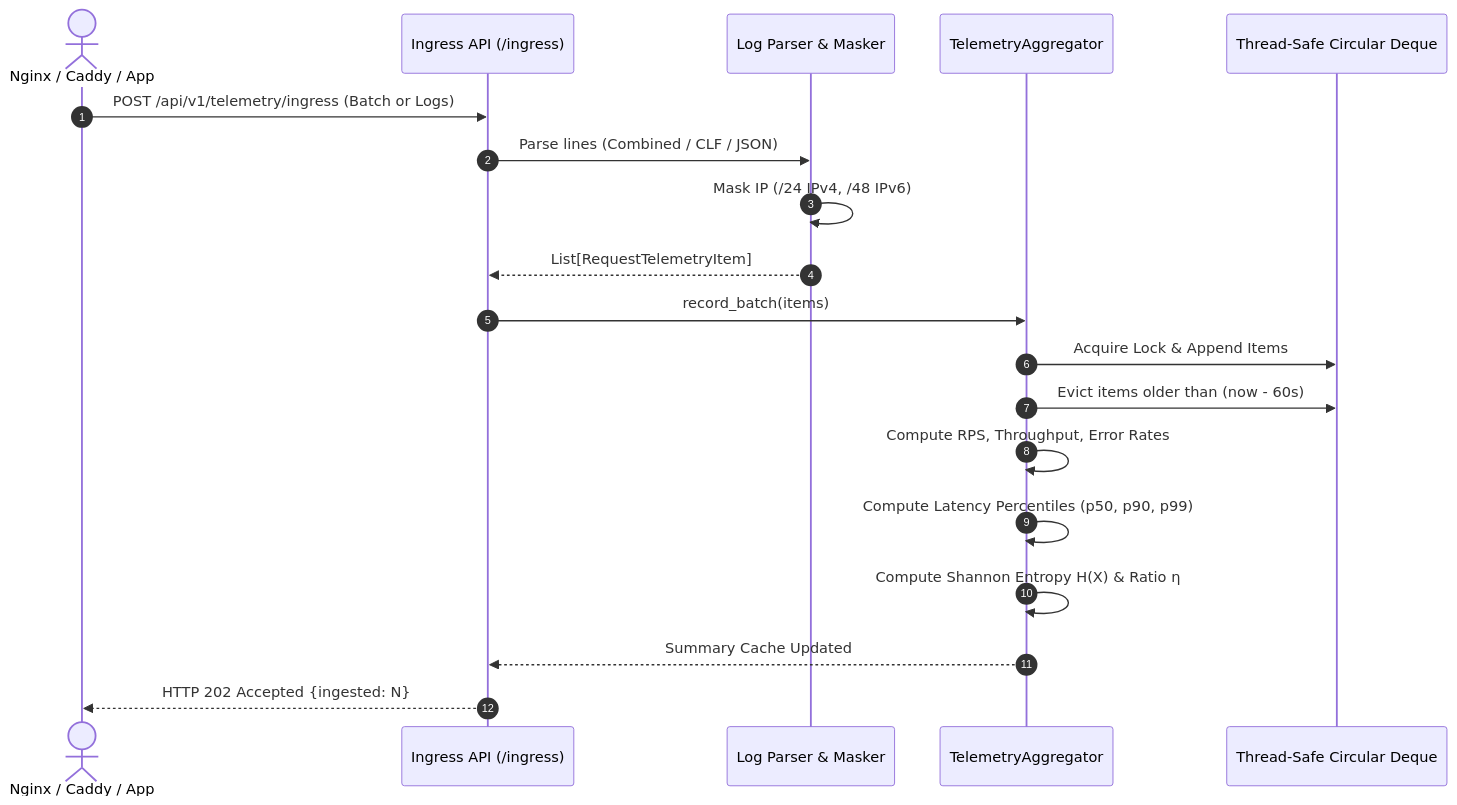
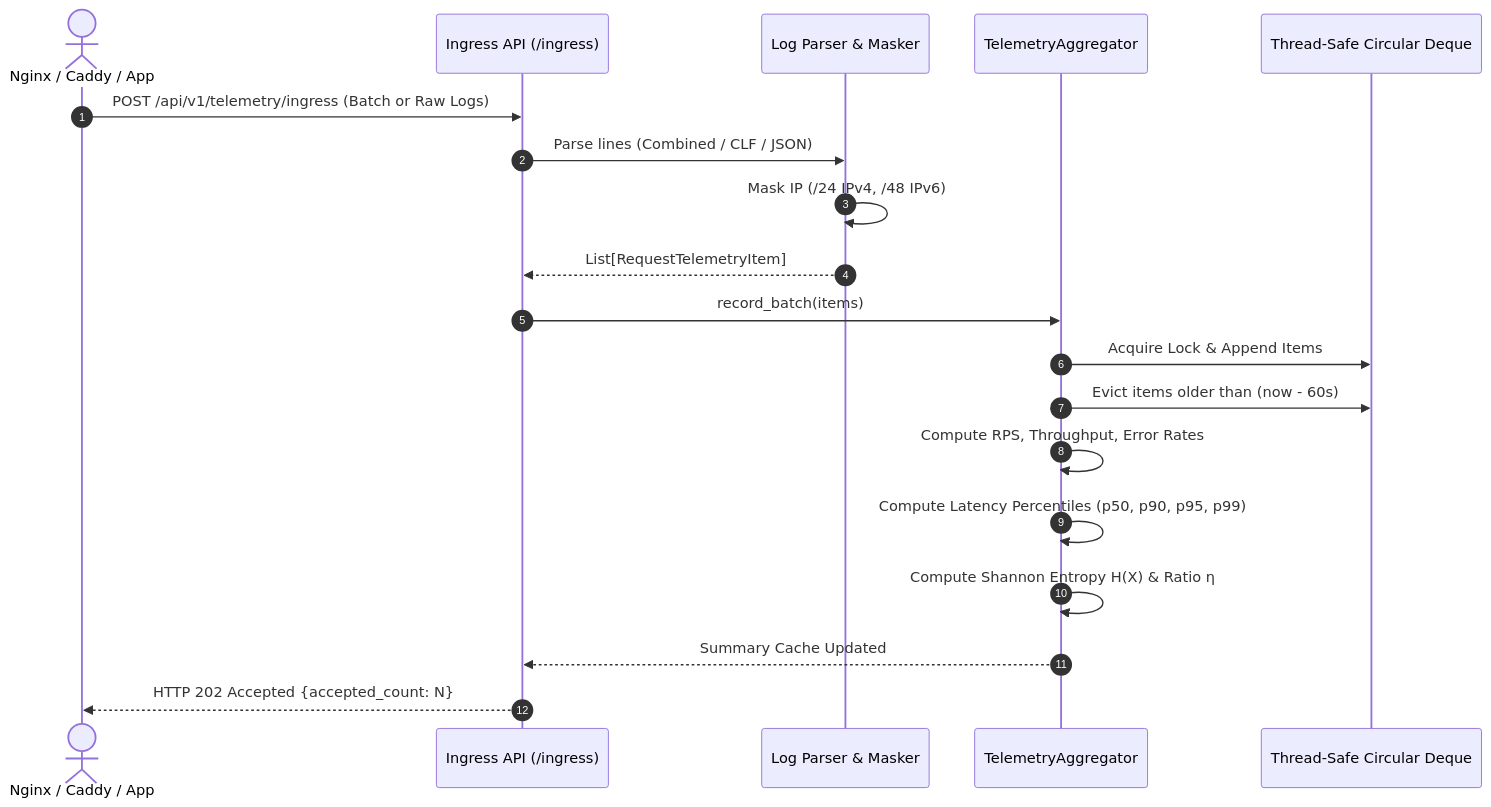
The second of 4 diagrams in docs/ARCHITECTURE.md (alokprasad573/DDoS-Detection-and-Mitigation-Simulator), drawn with Mermaid before and after one commit. The commit also changed other lines of this file and 7 other files, not shown here.

First line of the commit message:
Update Troubleshooting and API Schemas documentation

````diff
--- a/docs/ARCHITECTURE.md
+++ b/docs/ARCHITECTURE.md
@@ -128,22 +126,22 @@
 ```mermaid
 sequenceDiagram
     autonumber
     actor Proxy as Nginx / Caddy / App
     participant API as Ingress API (/ingress)
     participant Parser as Log Parser & Masker
     participant Agg as TelemetryAggregator
     participant Deque as Thread-Safe Circular Deque
 
-    Proxy->>API: POST /api/v1/telemetry/ingress (Batch or Logs)
+    Proxy->>API: POST /api/v1/telemetry/ingress (Batch or Raw Logs)
     API->>Parser: Parse lines (Combined / CLF / JSON)
     Parser->>Parser: Mask IP (/24 IPv4, /48 IPv6)
     Parser-->>API: List[RequestTelemetryItem]
     API->>Agg: record_batch(items)
     Agg->>Deque: Acquire Lock & Append Items
     Agg->>Deque: Evict items older than (now - 60s)
     Agg->>Agg: Compute RPS, Throughput, Error Rates
-    Agg->>Agg: Compute Latency Percentiles (p50, p90, p99)
+    Agg->>Agg: Compute Latency Percentiles (p50, p90, p95, p99)
     Agg->>Agg: Compute Shannon Entropy H(X) & Ratio η
     Agg-->>API: Summary Cache Updated
-    API-->>Proxy: HTTP 202 Accepted {ingested: N}
+    API-->>Proxy: HTTP 202 Accepted {accepted_count: N}
 ```
````
